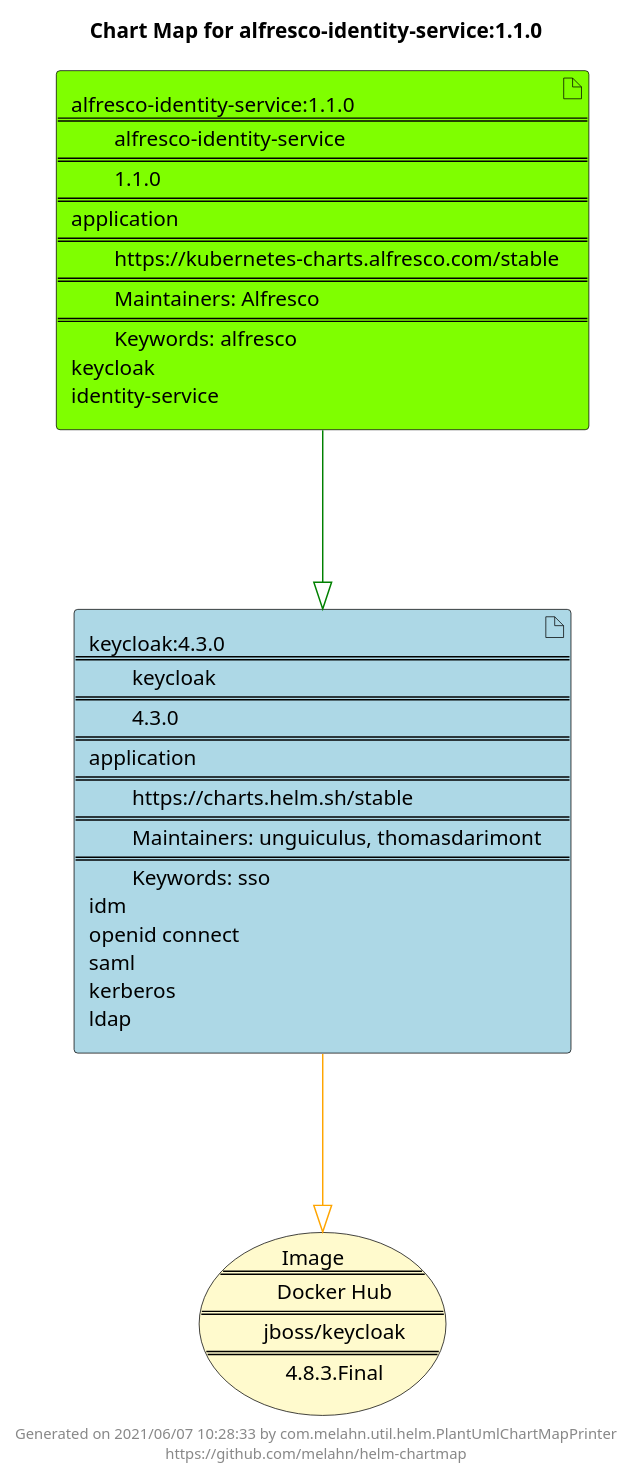
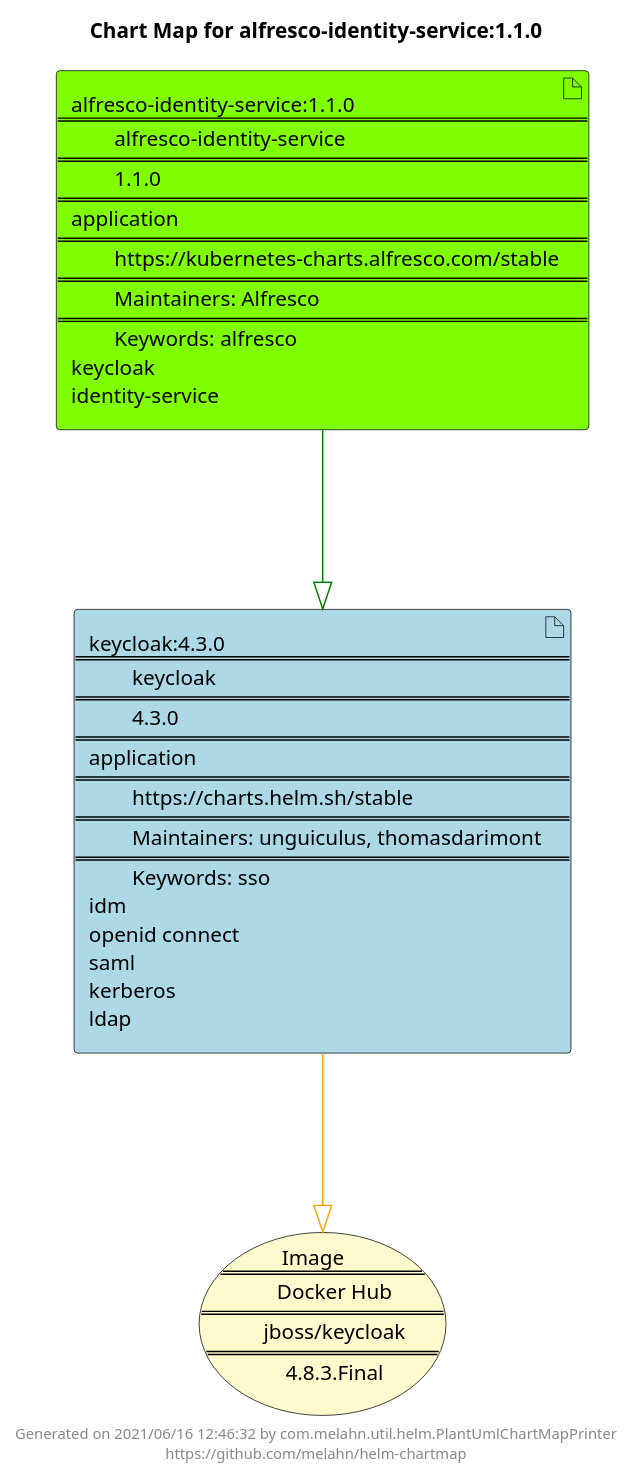
The diagram in docs/alfresco-identity-service/alfresco-identity-service-1.1.0.puml (melahn/helm-chartmap), drawn with PlantUML before and after one commit. The commit also changed 39 other files, not shown here.

```diff
--- a/docs/alfresco-identity-service/alfresco-identity-service-1.1.0.puml
+++ b/docs/alfresco-identity-service/alfresco-identity-service-1.1.0.puml
@@ -1,23 +1,23 @@
 @startuml
 skinparam linetype ortho
 skinparam backgroundColor white
 skinparam usecaseBorderColor black
 skinparam usecaseArrowColor LightSlateGray
 skinparam artifactBorderColor black
 skinparam artifactArrowColor LightSlateGray
 
 title Chart Map for alfresco-identity-service:1.1.0
 
 'There are 2 referenced Helm Charts
 artifact "alfresco-identity-service:1.1.0\n====\n\talfresco-identity-service\n====\n\t1.1.0\n====\napplication\n====\n\thttps://kubernetes-charts.alfresco.com/stable\n====\n\tMaintainers: Alfresco\n====\n\tKeywords: alfresco\nkeycloak\nidentity-service" as alfresco_identity_service_1_1_0 #Chartreuse
 artifact "keycloak:4.3.0\n====\n\tkeycloak\n====\n\t4.3.0\n====\napplication\n====\n\thttps://charts.helm.sh/stable\n====\n\tMaintainers: unguiculus, thomasdarimont\n====\n\tKeywords: sso\nidm\nopenid connect\nsaml\nkerberos\nldap" as keycloak_4_3_0 #LightBlue
 
 'There is one referenced Docker Image
 usecase "Image\n====\n\tDocker Hub\n====\n\tjboss/keycloak\n====\n\t4.8.3.Final" as jboss_keycloak_4_8_3_Final #LemonChiffon
 
 'Chart Dependencies
 alfresco_identity_service_1_1_0--[#green]-|>keycloak_4_3_0
 keycloak_4_3_0--[#orange]-|>jboss_keycloak_4_8_3_Final
 
-center footer Generated on 2021/06/07 10:28:33 by com.melahn.util.helm.PlantUmlChartMapPrinter\nhttps://github.com/melahn/helm-chartmap
+center footer Generated on 2021/06/16 12:46:32 by com.melahn.util.helm.PlantUmlChartMapPrinter\nhttps://github.com/melahn/helm-chartmap
 @enduml
```
